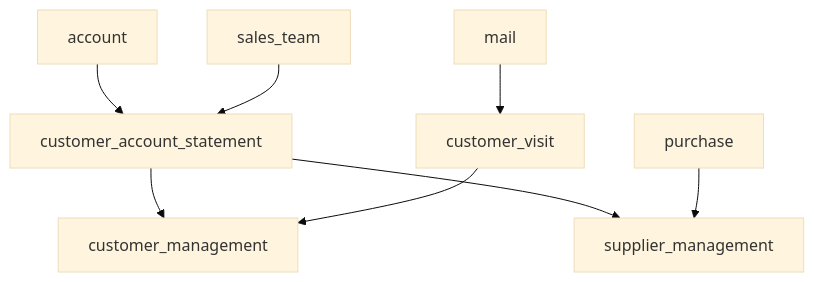
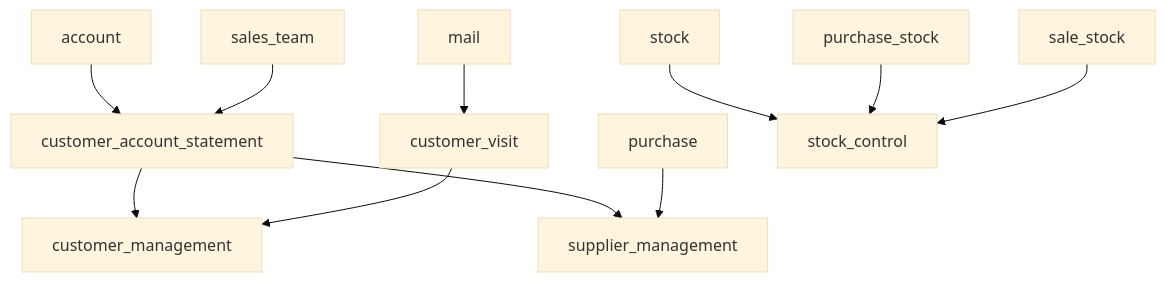
One commit to Danito90/custom_addons changed the diagram in README.md. Above: the diagram before and after it, drawn with Mermaid (base theme). The commit also changed other lines of this file and 35 other files, not shown here.

First line of the commit message:
feat: Add stock control module with inventory management features

````diff
--- a/README.md
+++ b/README.md
@@ -18,10 +19,13 @@
 ```mermaid
 graph TD
     account --> customer_account_statement
     sales_team --> customer_account_statement
     mail --> customer_visit
     customer_account_statement --> customer_management
     customer_visit --> customer_management
     customer_account_statement --> supplier_management
     purchase --> supplier_management
+    stock --> stock_control
+    purchase_stock --> stock_control
+    sale_stock --> stock_control
 ```
````
